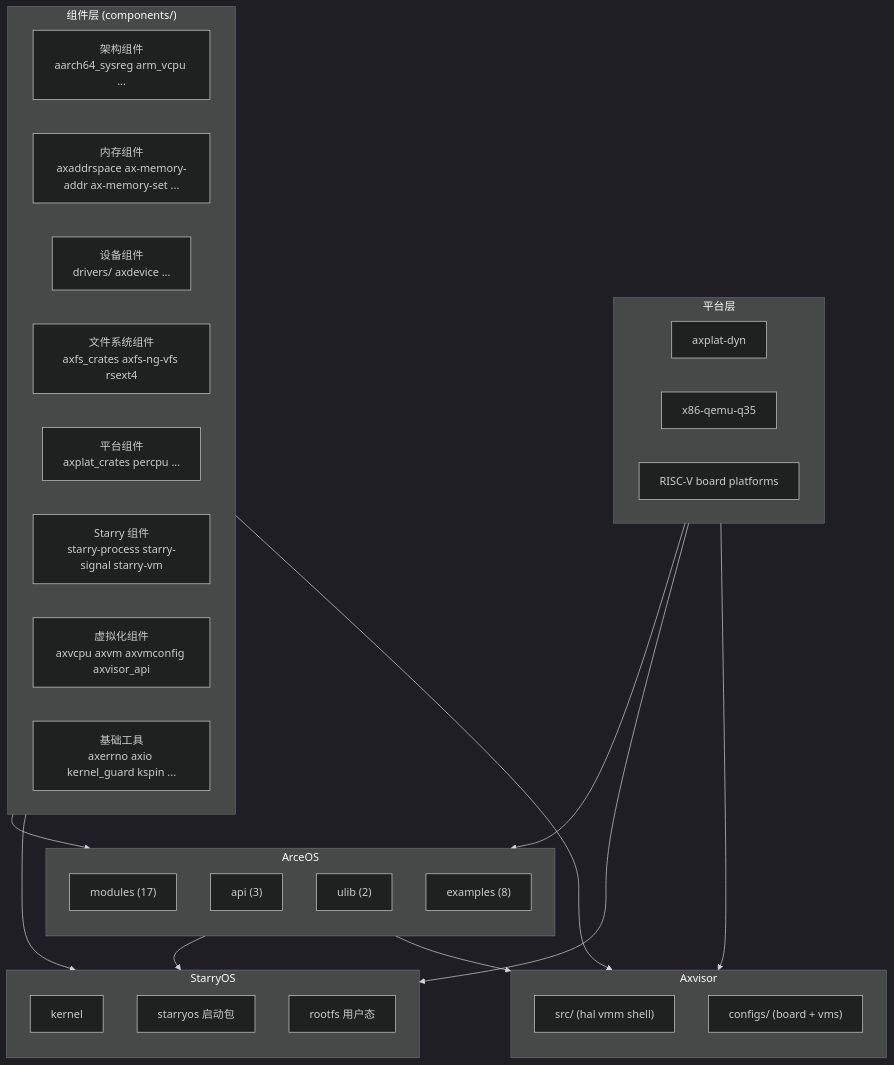
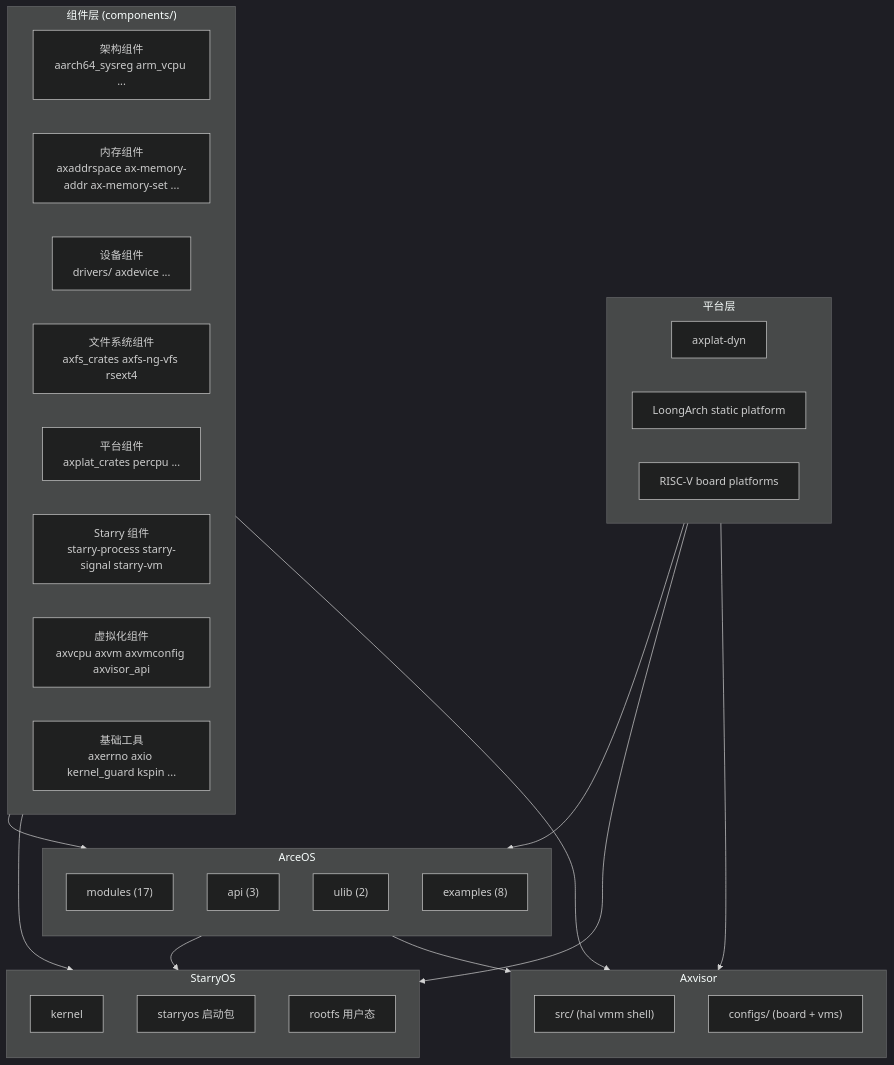
Before and after one commit to rcore-os/tgoskits: the first of 2 diagrams in docs/docs/architecture/overview.md, drawn with Mermaid (dark theme). The commit also changed other lines of this file and 93 other files, not shown here.

First line of the commit message:
refactor(axvisor): remove obsolete x86 q35 static platform (#1186)

````diff
--- a/docs/docs/architecture/overview.md
+++ b/docs/docs/architecture/overview.md
@@ -10,51 +10,51 @@
 ```mermaid
 flowchart TD
     subgraph Components["组件层 (components/)"]
         direction LR
         C1["架构组件<br/>aarch64_sysreg arm_vcpu ..."]
         C2["内存组件<br/>axaddrspace ax-memory-addr ax-memory-set ..."]
         C3["设备组件<br/>drivers/ axdevice ..."]
         C4["文件系统组件<br/>axfs_crates axfs-ng-vfs rsext4"]
         C5["平台组件<br/>axplat_crates percpu ..."]
         C6["Starry 组件<br/>starry-process starry-signal starry-vm"]
         C7["虚拟化组件<br/>axvcpu axvm axvmconfig axvisor_api"]
         C8["基础工具<br/>axerrno axio kernel_guard kspin ..."]
     end
 
     subgraph ArceOS["ArceOS"]
         direction TB
         AM["modules (17)"]
         AA["api (3)"]
         AU["ulib (2)"]
         AX["examples (8)"]
     end
 
     subgraph StarryOS["StarryOS"]
         direction TB
         SK["kernel"]
         SP["starryos 启动包"]
         SR["rootfs 用户态"]
     end
 
     subgraph Axvisor["Axvisor"]
         direction TB
         AV["src/ (hal vmm shell)"]
         AC["configs/ (board + vms)"]
     end
 
     subgraph Platform["平台层"]
         direction LR
         P1["axplat-dyn"]
-        P2["x86-qemu-q35"]
+        P2["LoongArch static platform"]
         P3["RISC-V board platforms"]
     end
 
     Components --> ArceOS
     Components --> StarryOS
     Components --> Axvisor
     ArceOS --> StarryOS
     ArceOS --> Axvisor
     Platform --> ArceOS
     Platform --> StarryOS
     Platform --> Axvisor
 ```
````
